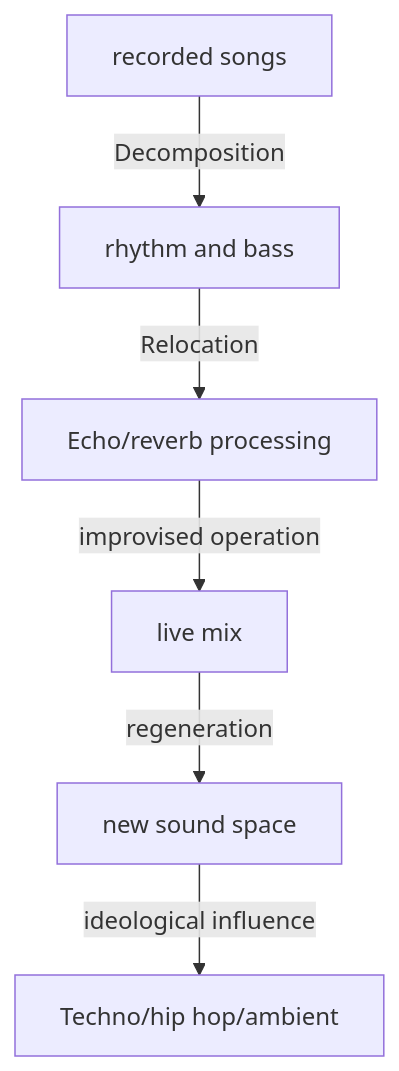
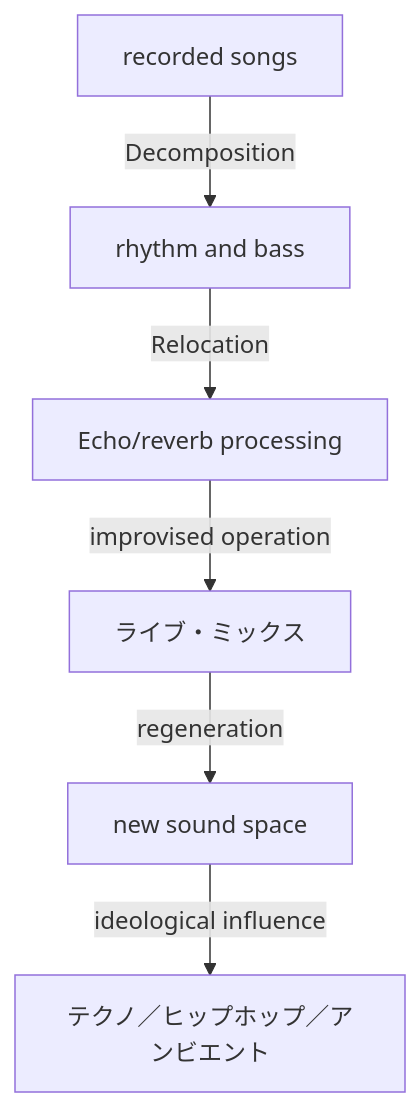
The second of 2 diagrams in en/_posts/2025-11-01-column-dub-universe.md (monumental-movement/monumental-movement.github.io), drawn with Mermaid before and after one commit. The commit also changed other lines of this file and 528 other files, not shown here.

```diff
--- a/en/_posts/2025-11-01-column-dub-universe.md
+++ b/en/_posts/2025-11-01-column-dub-universe.md
@@ -181,10 +180,10 @@
 <div class="mermaid">
 
 graph TD
   A[recorded songs] -->|Decomposition| B[rhythm and bass]
   B -->|Relocation| C[Echo/reverb processing]
-  C -->|improvised operation| D[live mix]
+  C -->|improvised operation| D[ライブ・ミックス]
   D -->|regeneration| E[new sound space]
-  E -->|ideological influence| F[Techno/hip hop/ambient]
+  E -->|ideological influence| F[テクノ／ヒップホップ／アンビエント]
 
 </div>
```
